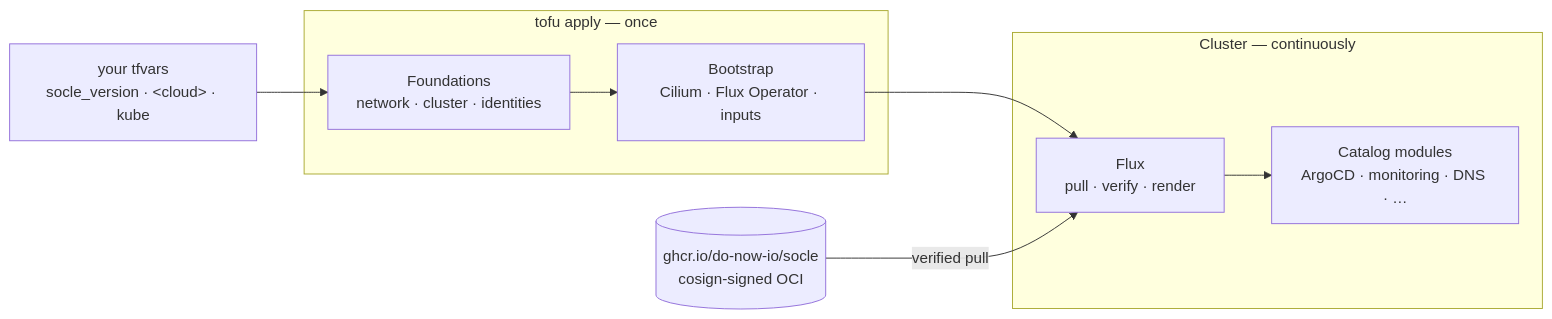
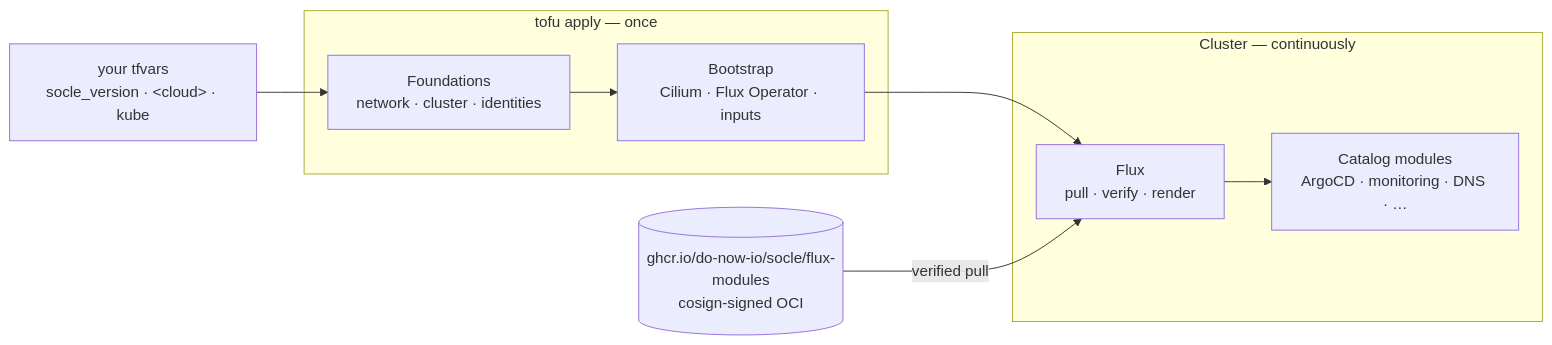
One commit to do-now-io/socle changed the diagram in README.md. Above: the diagram before and after it, drawn with Mermaid. The commit also changed other lines of this file and 33 other files, not shown here.

Commit message:
docs: architecture, guides, reference and the socle's decisions, from flux-catalog, distribution, monitoring and the standard

````diff
--- a/README.md
+++ b/README.md
@@ -46,15 +48,15 @@
 ```mermaid
 flowchart LR
   tfvars["your tfvars<br/>socle_version · &lt;cloud&gt; · kube"]
   subgraph tofu ["tofu apply — once"]
     foundations["Foundations<br/>network · cluster · identities"]
     bootstrap["Bootstrap<br/>Cilium · Flux Operator · inputs"]
   end
-  oci[("ghcr.io/do-now-io/socle<br/>cosign-signed OCI")]
+  oci[("ghcr.io/do-now-io/socle/flux-modules<br/>cosign-signed OCI")]
   subgraph cluster ["Cluster — continuously"]
     flux["Flux<br/>pull · verify · render"]
     catalog["Catalog modules<br/>ArgoCD · monitoring · DNS · …"]
   end
   tfvars --> foundations --> bootstrap --> flux
   oci -- verified pull --> flux --> catalog
 ```
````
